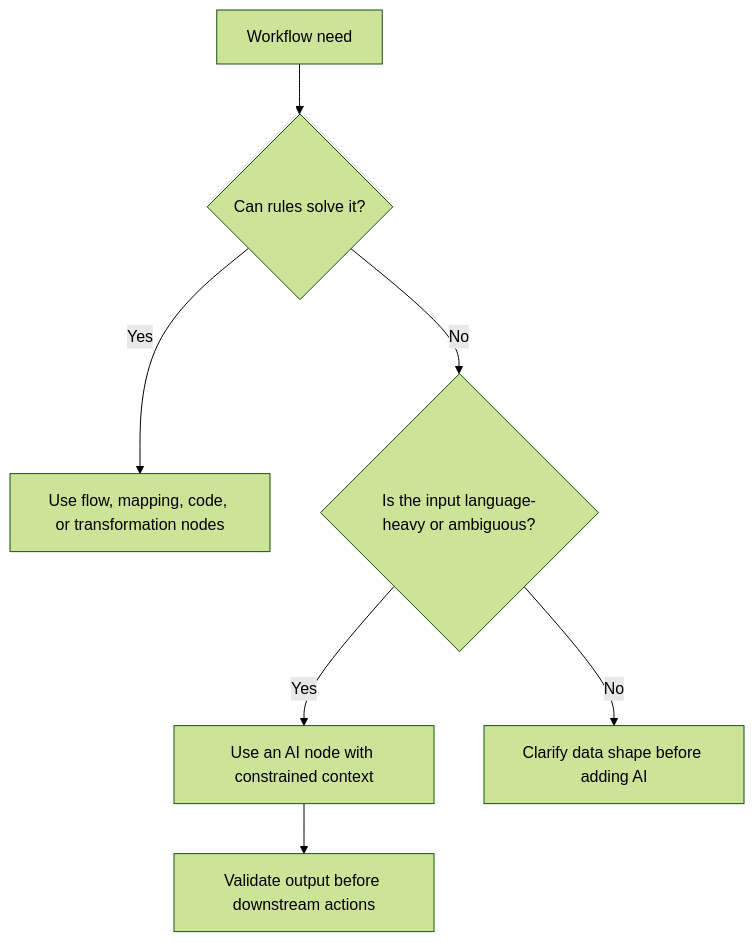
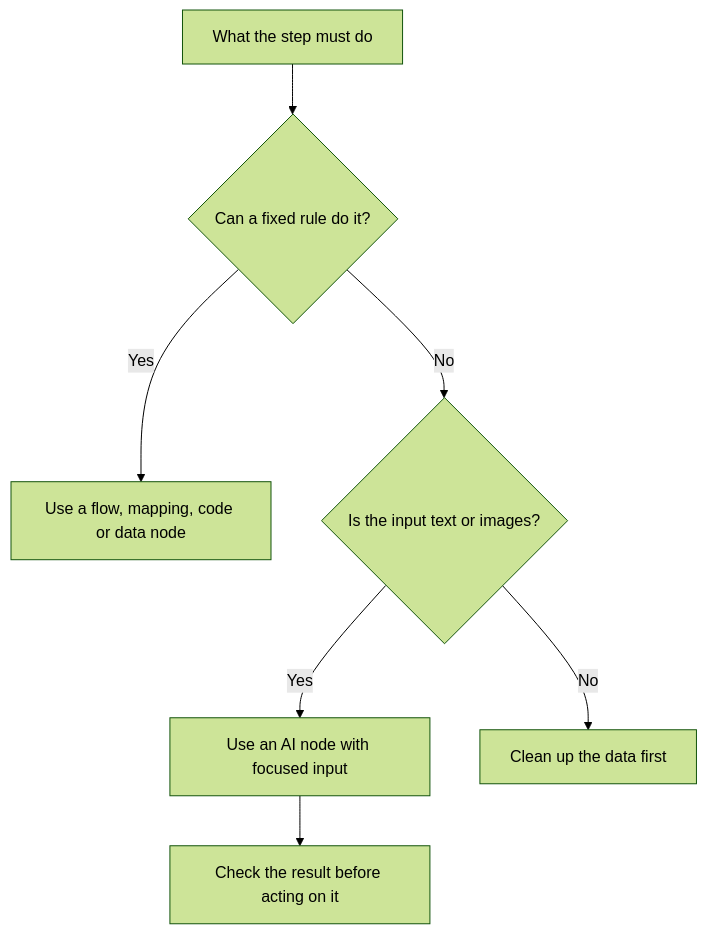
Before and after one commit to agentic-com/Agentic-Flow-Doc: the diagram in src/content/docs/advanced-ai/index.mdx, drawn with Mermaid (forest theme). The commit also changed other lines of this file and 19 other files, not shown here.

````diff
--- a/src/content/docs/advanced-ai/index.mdx
+++ b/src/content/docs/advanced-ai/index.mdx
@@ -37,9 +37,9 @@
 ```mermaid
 flowchart TD
-  Need["Workflow need"] --> Known{"Can rules solve it?"}
-  Known -->|Yes| Deterministic["Use flow, mapping, code, or transformation nodes"]
-  Known -->|No| Language{"Is the input language-heavy or ambiguous?"}
-  Language -->|Yes| AI["Use an AI node with constrained context"]
-  Language -->|No| Redesign["Clarify data shape before adding AI"]
-  AI --> Check["Validate output before downstream actions"]
+  Need["What the step must do"] --> Known{"Can a fixed rule do it?"}
+  Known -->|Yes| Deterministic["Use a flow, mapping, code or data node"]
+  Known -->|No| Language{"Is the input text or images?"}
+  Language -->|Yes| AI["Use an AI node with focused input"]
+  Language -->|No| Redesign["Clean up the data first"]
+  AI --> Check["Check the result before acting on it"]
 ```
````
